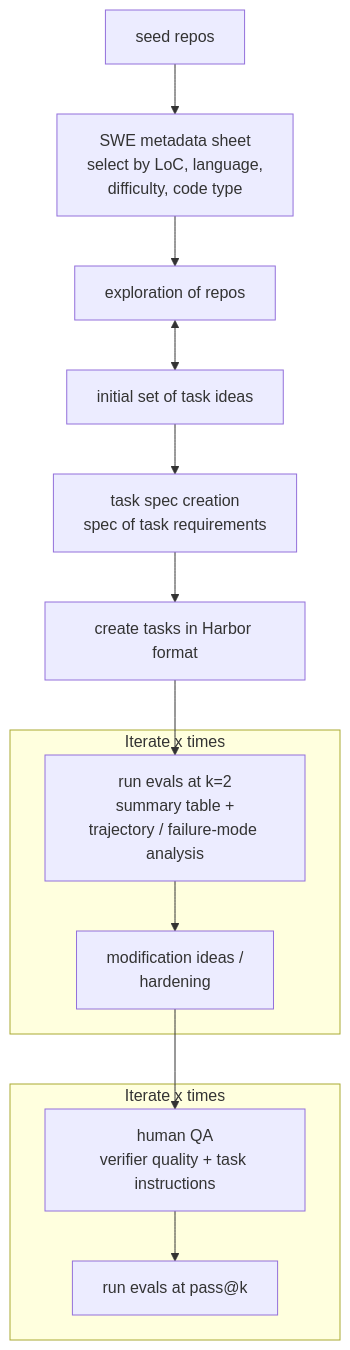
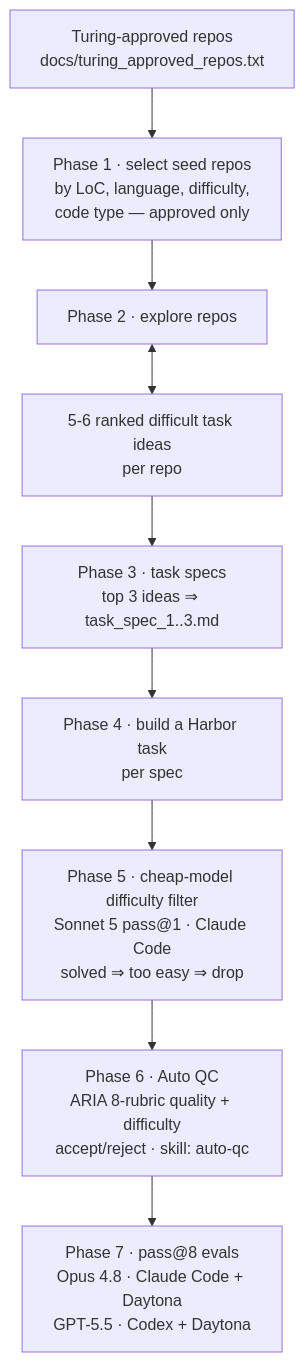
The diagram in README.md (vivekp-turing/dataset_task_creation), drawn with Mermaid before and after one commit. The commit also changed other lines of this file and 36 other files, not shown here.

````diff
--- a/README.md
+++ b/README.md
@@ -17,19 +79,11 @@
 ```mermaid
 flowchart TD
-    A[seed repos] --> B[SWE metadata sheet<br/>select by LoC, language,<br/>difficulty, code type]
-    B --> C[exploration of repos]
-    C <--> D[initial set of task ideas]
-    D --> E[task spec creation<br/>spec of task requirements]
-    E --> F[create tasks in Harbor format]
-    F --> G
-
-    subgraph loop1 [Iterate x times]
-        G[run evals at k=2<br/>summary table +<br/>trajectory / failure-mode analysis] --> H[modification ideas /<br/>hardening]
-    end
-
-    H --> I
-
-    subgraph loop2 [Iterate x times]
-        I[human QA<br/>verifier quality + task instructions] --> J[run evals at pass@k]
-    end
+    A[Turing-approved repos<br/>docs/turing_approved_repos.txt] --> B[Phase 1 · select seed repos<br/>by LoC, language, difficulty,<br/>code type — approved only]
+    B --> C[Phase 2 · explore repos]
+    C <--> D[5-6 ranked difficult task ideas<br/>per repo]
+    D --> E[Phase 3 · task specs<br/>top 3 ideas ⇒ task_spec_1..3.md]
+    E --> F[Phase 4 · build a Harbor task<br/>per spec]
+    F --> G[Phase 5 · cheap-model difficulty filter<br/>Sonnet 5 pass@1 · Claude Code<br/>solved ⇒ too easy ⇒ drop]
+    G --> H[Phase 6 · Auto QC<br/>ARIA 8-rubric quality + difficulty<br/>accept/reject · skill: auto-qc]
+    H --> I[Phase 7 · pass@8 evals<br/>Opus 4.8 · Claude Code + Daytona<br/>GPT-5.5 · Codex + Daytona]
 ```
````
